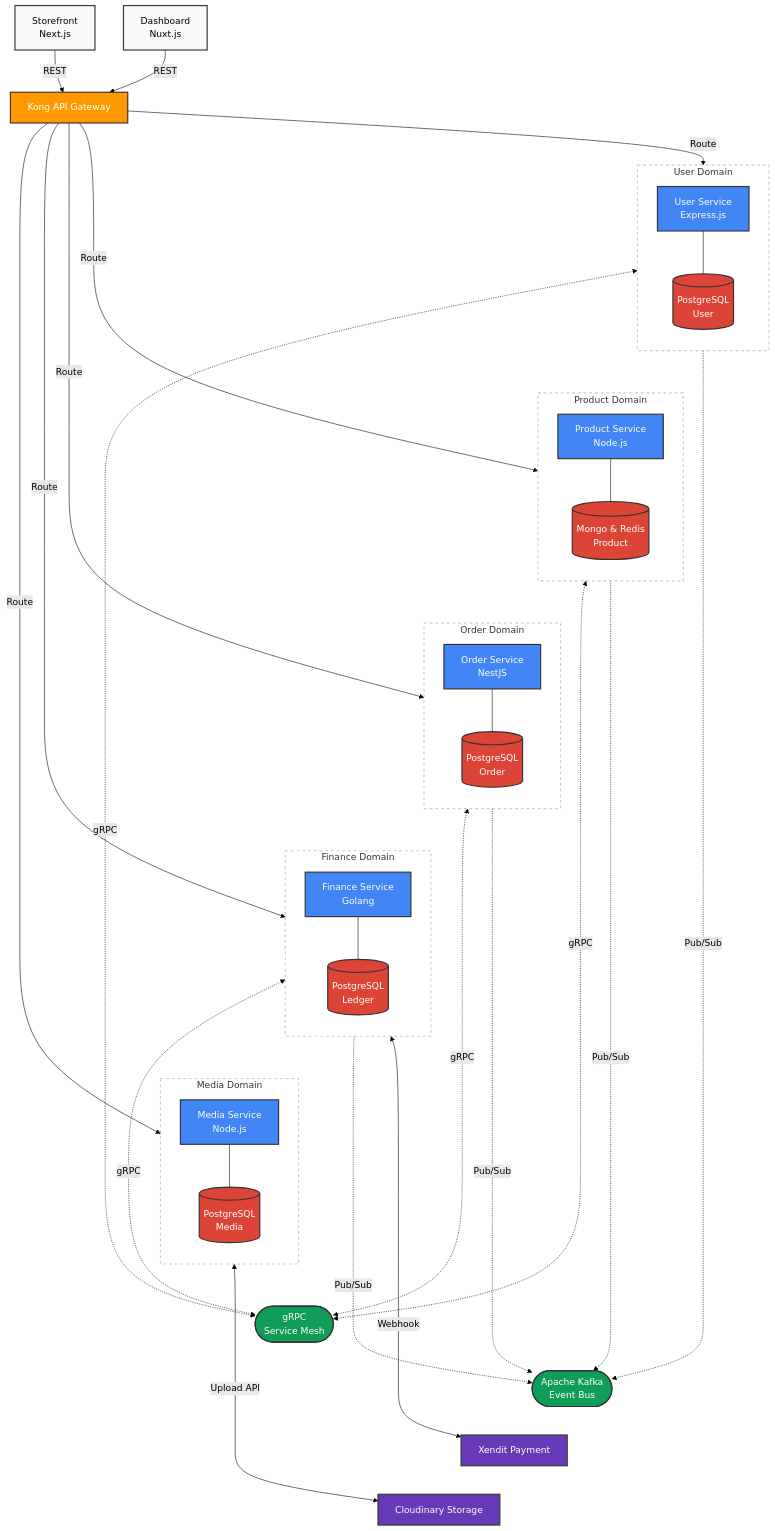
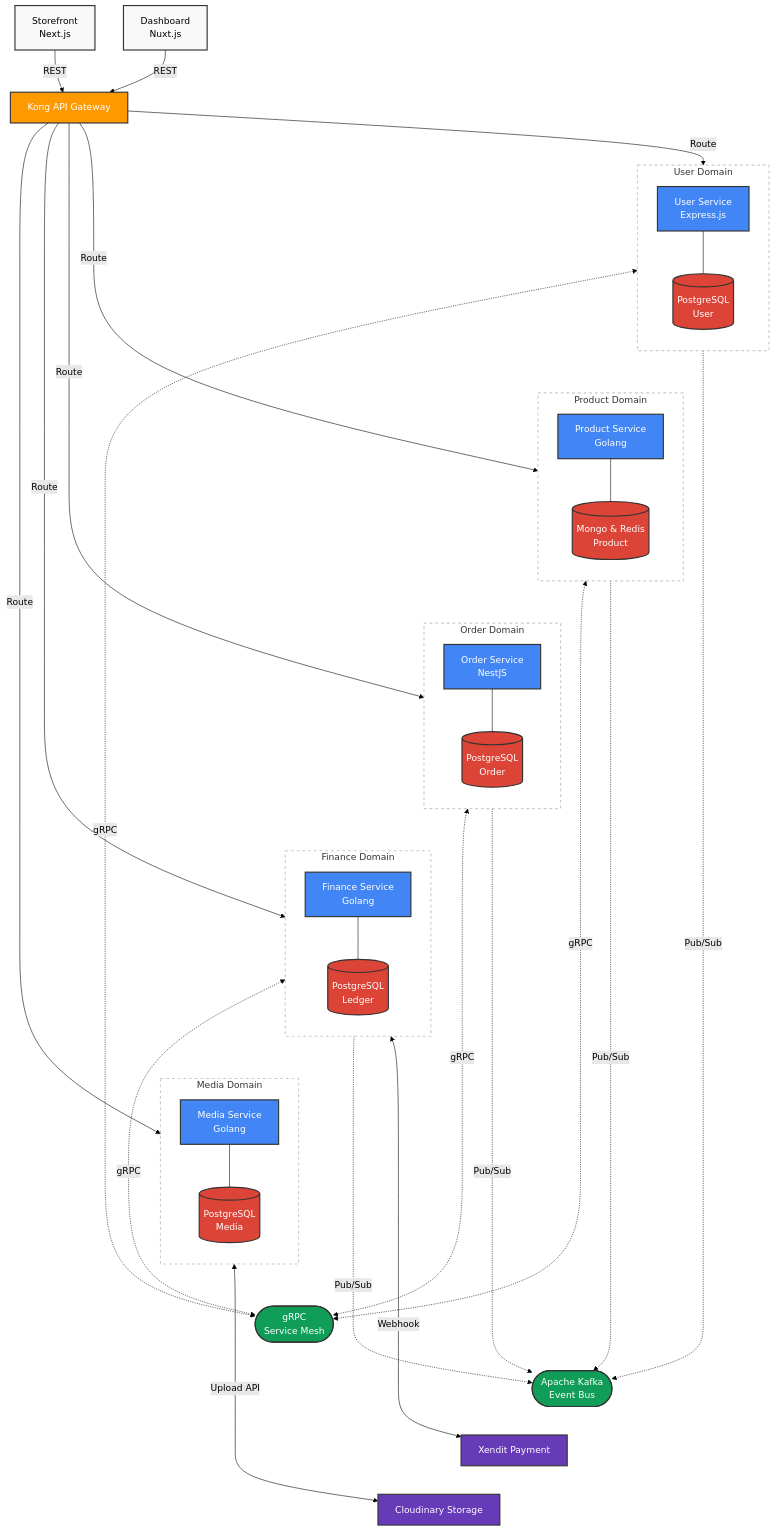
The diagram in apps/web/public/project-showcase/docs/overview/architecture.md (muhammadwildanskyyy/G-NEXA), drawn with Mermaid (forest theme) before and after one commit. The commit also changed 4 other files, not shown here.

```diff
--- a/apps/web/public/project-showcase/docs/overview/architecture.md
+++ b/apps/web/public/project-showcase/docs/overview/architecture.md
@@ -49,11 +49,11 @@
     
     subgraph D2 ["Product Domain"]
         direction TB
-        PS[Product Service<br/>Node.js]:::service
+        PS[Product Service<br/>Golang]:::service
         DB_PS[(Mongo & Redis<br/>Product)]:::db
         PS --- DB_PS
     end
-
+    
     subgraph D3 ["Order Domain"]
         direction TB
         OS[Order Service<br/>NestJS]:::service
@@ -70,7 +70,7 @@
     
     subgraph D5 ["Media Domain"]
         direction TB
-        MS[Media Service<br/>Node.js]:::service
+        MS[Media Service<br/>Golang]:::service
         DB_MS[(PostgreSQL<br/>Media)]:::db
         MS --- DB_MS
     end
```
